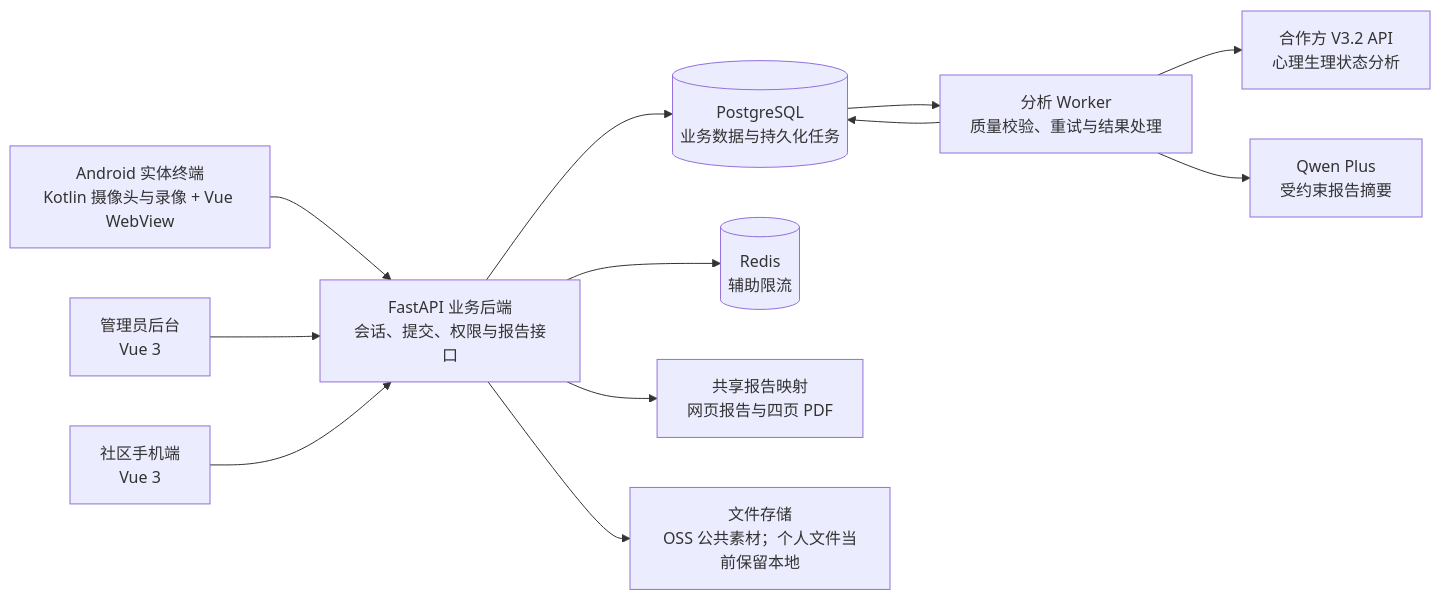
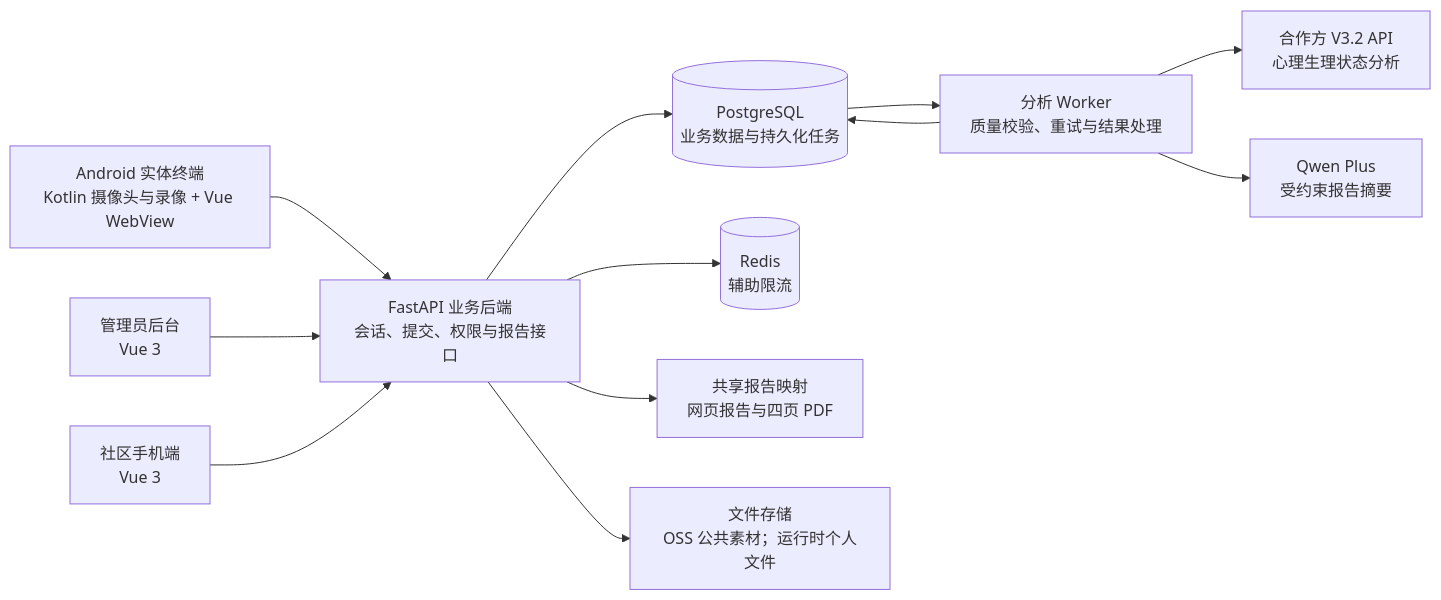
The diagram in README.md (SXZ012/psych-project), drawn with Mermaid before and after one commit. The commit also changed other lines of this file and 11 other files, not shown here.

````diff
--- a/README.md
+++ b/README.md
@@ -63,25 +63,25 @@
 ```mermaid
 flowchart LR
     Device["Android 实体终端\nKotlin 摄像头与录像 + Vue WebView"]
     Admin["管理员后台\nVue 3"]
     Mobile["社区手机端\nVue 3"]
     API["FastAPI 业务后端\n会话、提交、权限与报告接口"]
     DB[("PostgreSQL\n业务数据与持久化任务")]
     Redis[("Redis\n辅助限流")]
     Worker["分析 Worker\n质量校验、重试与结果处理"]
     Partner["合作方 V3.2 API\n心理生理状态分析"]
     Qwen["Qwen Plus\n受约束报告摘要"]
     Report["共享报告映射\n网页报告与四页 PDF"]
-    Files["文件存储\nOSS 公共素材；个人文件当前保留本地"]
+    Files["文件存储\nOSS 公共素材；运行时个人文件"]
     Device --> API
     Admin --> API
     Mobile --> API
     API --> DB
     API --> Redis
     API --> Files
     DB --> Worker
     Worker --> Partner
     Worker --> Qwen
     Worker --> DB
     API --> Report
 ```
````
